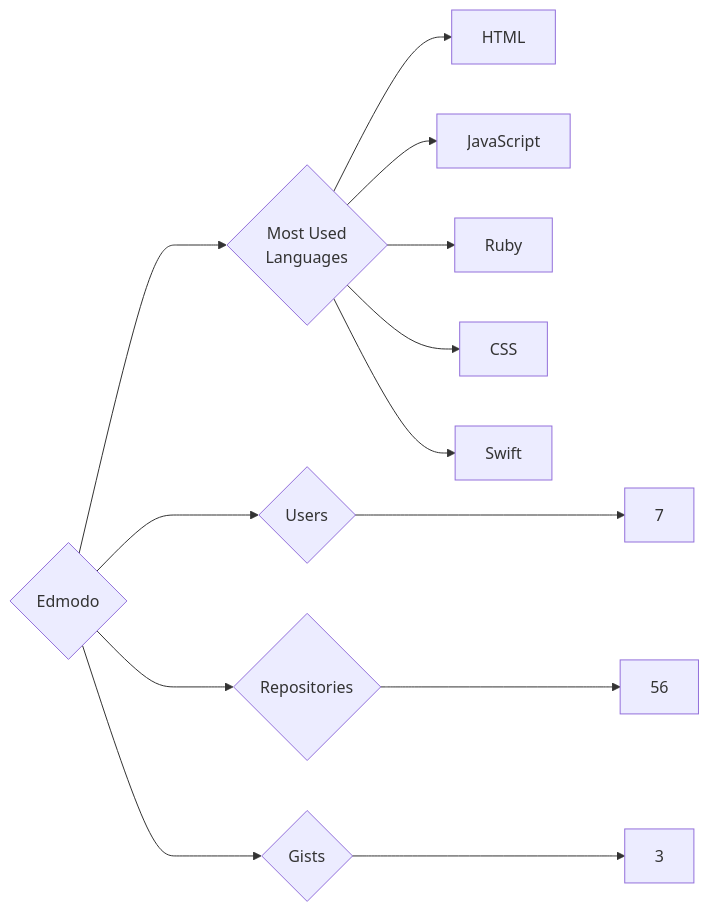
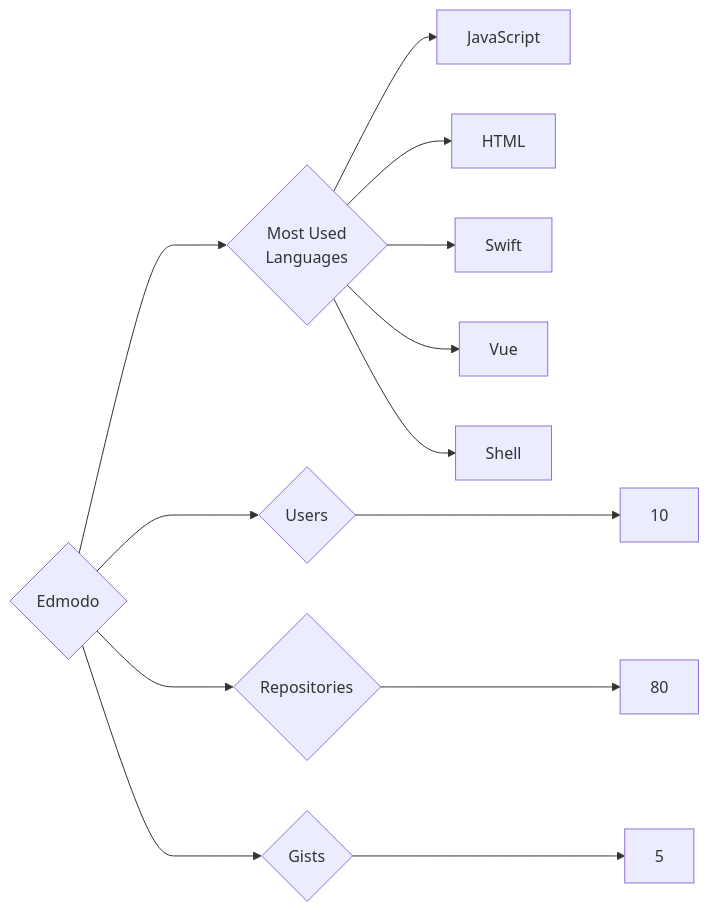
Before and after one commit to trickest/insiders: the diagram in targets/Edmodo/README.md, drawn with Mermaid. The commit also changed 1149 other files, not shown here.

````diff
--- a/targets/Edmodo/README.md
+++ b/targets/Edmodo/README.md
@@ -3,13 +3,13 @@
 ```mermaid
 graph LR
 COMPANY_NAME{Edmodo}
-COMPANY_NAME ---> U{Users} ---> UN[7]
-COMPANY_NAME ---> R{Repositories} ---> RN[56]
-COMPANY_NAME ---> G{Gists} ---> GN[3]
+COMPANY_NAME ---> U{Users} ---> UN[10]
+COMPANY_NAME ---> R{Repositories} ---> RN[80]
+COMPANY_NAME ---> G{Gists} ---> GN[5]
 COMPANY_NAME ---> ML{Most Used<br>Languages}
+ML --> JavaScript[JavaScript]
 ML --> HTML[HTML]
-ML --> JavaScript[JavaScript]
-ML --> Ruby[Ruby]
-ML --> CSS[CSS]
 ML --> Swift[Swift]
+ML --> Vue[Vue]
+ML --> Shell[Shell]
 ```
````
